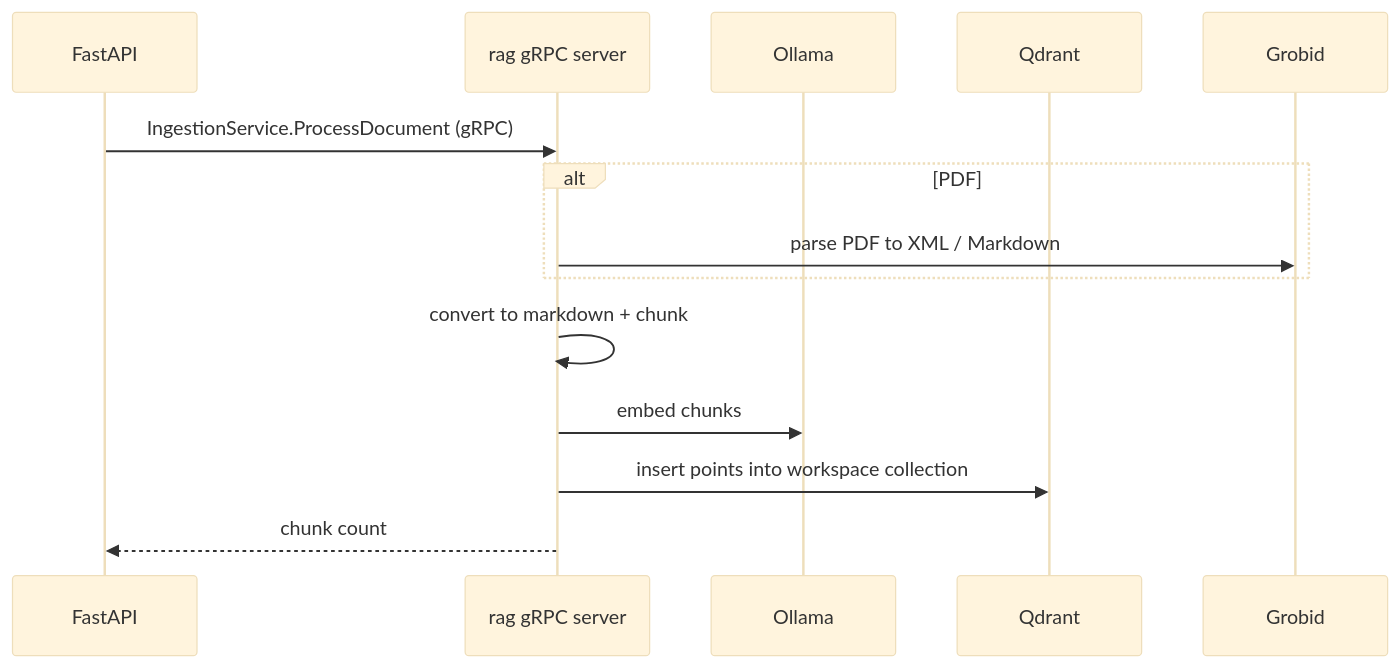
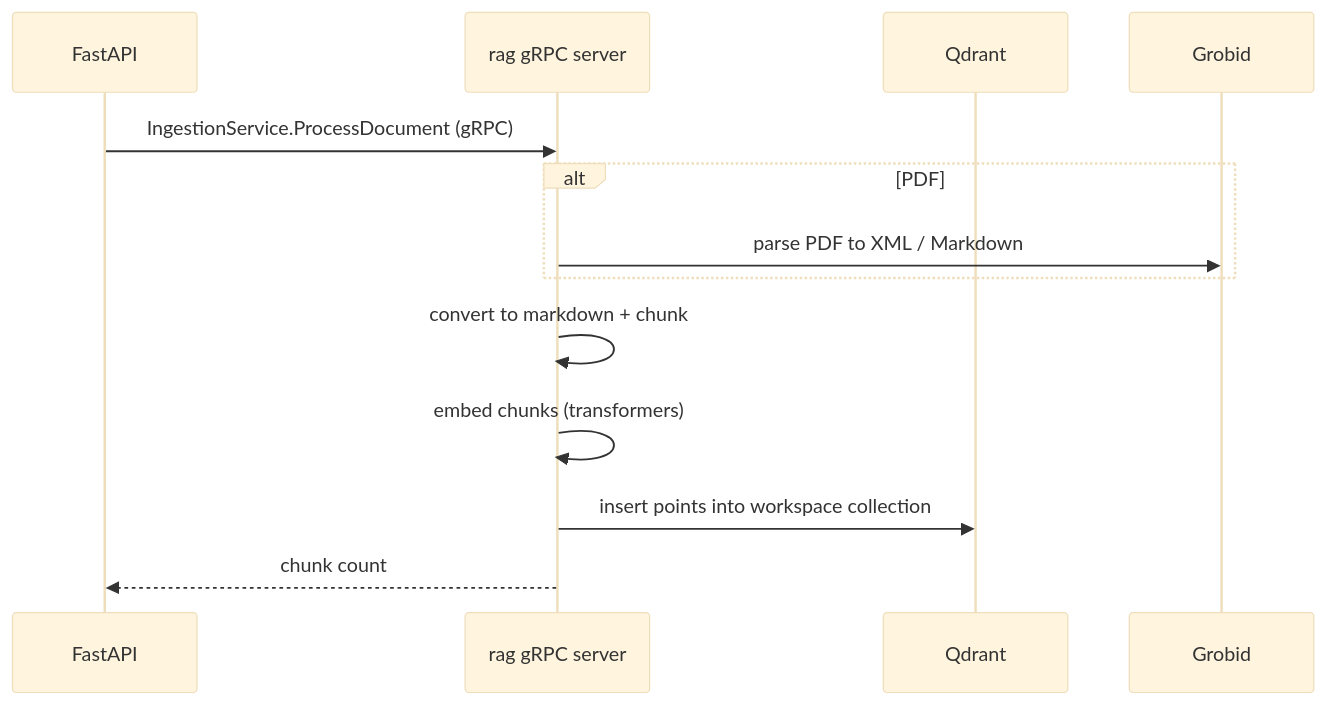
One commit to ishu-codes/ragify changed the first of 2 diagrams in rag/README.md. Above: the diagram before and after it, drawn with Mermaid (base theme). The commit also changed other lines of this file and 46 other files, not shown here.

````diff
--- a/rag/README.md
+++ b/rag/README.md
@@ -60,17 +61,16 @@
 ```mermaid
 sequenceDiagram
     participant API as FastAPI
     participant RAG as rag gRPC server
-    participant OLL as Ollama
     participant QD as Qdrant
     participant GB as Grobid
 
     API->>RAG: IngestionService.ProcessDocument (gRPC)
     alt PDF
         RAG->>GB: parse PDF to XML / Markdown
     end
     RAG->>RAG: convert to markdown + chunk
-    RAG->>OLL: embed chunks
+    RAG->>RAG: embed chunks (transformers)
     RAG->>QD: insert points into workspace collection
     RAG-->>API: chunk count
 ```
````
